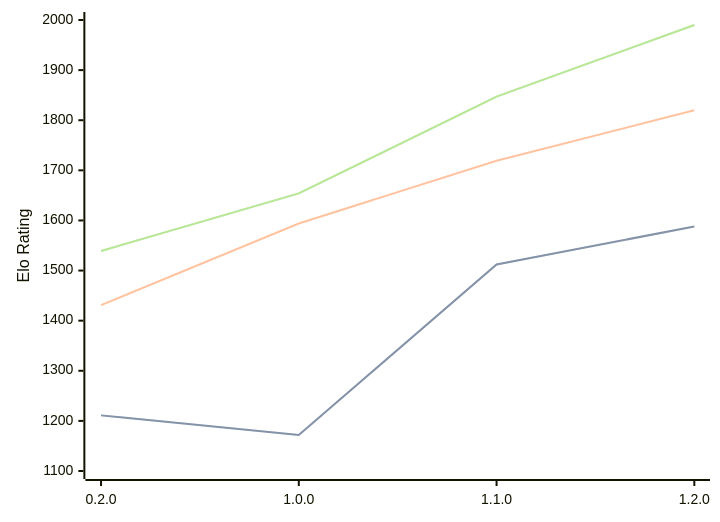
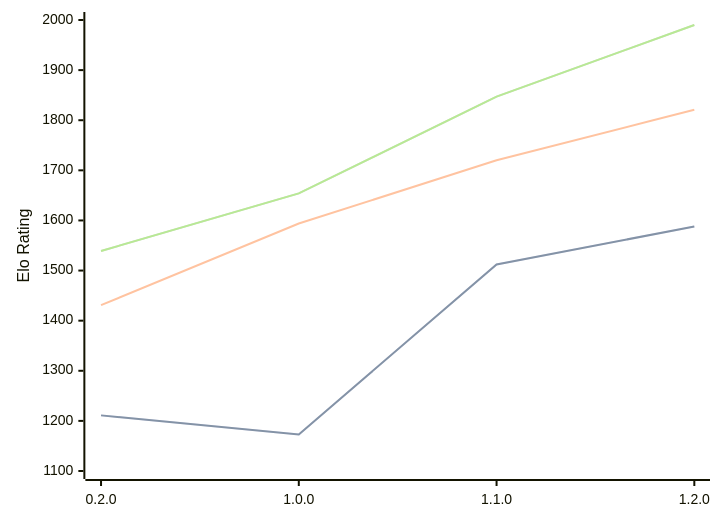
Before and after one commit to computer-chess-index/cci: the diagram in engines/Zeppelin.md, drawn with Mermaid. The commit also changed other lines of this file, not shown here.

````diff
--- a/engines/Zeppelin.md
+++ b/engines/Zeppelin.md
@@ -33,11 +33,11 @@
 ```mermaid
 %%{init: {"theme":"base","themeVariables":{"seriesColors:['#a3a3a3','#222221','#faa371']}}}%%
 xychart-beta
   x-axis ["0.2.0", "1.0.0", "1.1.0", "1.2.0"]
   y-axis "Elo Rating" 1100 --> 2000
-  line "STC (8.0+0.08s)" [1211, 1172, 1512, 1588]
-  line "STC (8.0+0.08s)" [1211, 1172, 1512, 1588]
-  line "LTC (60.0+0.60s)" [1431, 1594, 1719, 1820]
+  line "STC (8.0+0.08s)" [1211, 1173, 1512, 1588]
+  line "STC (8.0+0.08s)" [1211, 1173, 1512, 1588]
+  line "LTC (60.0+0.60s)" [1431, 1594, 1720, 1821]
   line "VLTC (2m24s+1.12s)" [1539, 1654, 1847, 1990]
   line "VLTC (2m24s+1.12s)" [1539, 1654, 1847, 1990]
 ```
````
